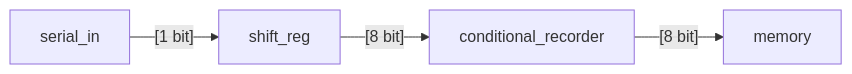
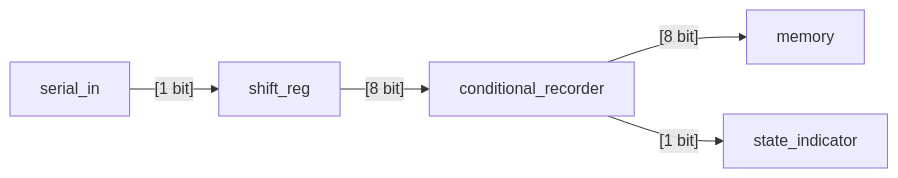
The diagram in proj/1_qproject/workbook.md (gavin5342/altera_learn), drawn with Mermaid before and after one commit. The commit also changed other lines of this file and 11 other files, not shown here.

````diff
--- a/proj/1_qproject/workbook.md
+++ b/proj/1_qproject/workbook.md
@@ -82,6 +82,7 @@
 ```mermaid
 graph LR
 	serial_in -- [1 bit] --> shift_reg
 	shift_reg -- [8 bit] --> conditional_recorder
 	conditional_recorder --[8 bit] --> memory
+	conditional_recorder --[1 bit]--> state_indicator
 ```
````
